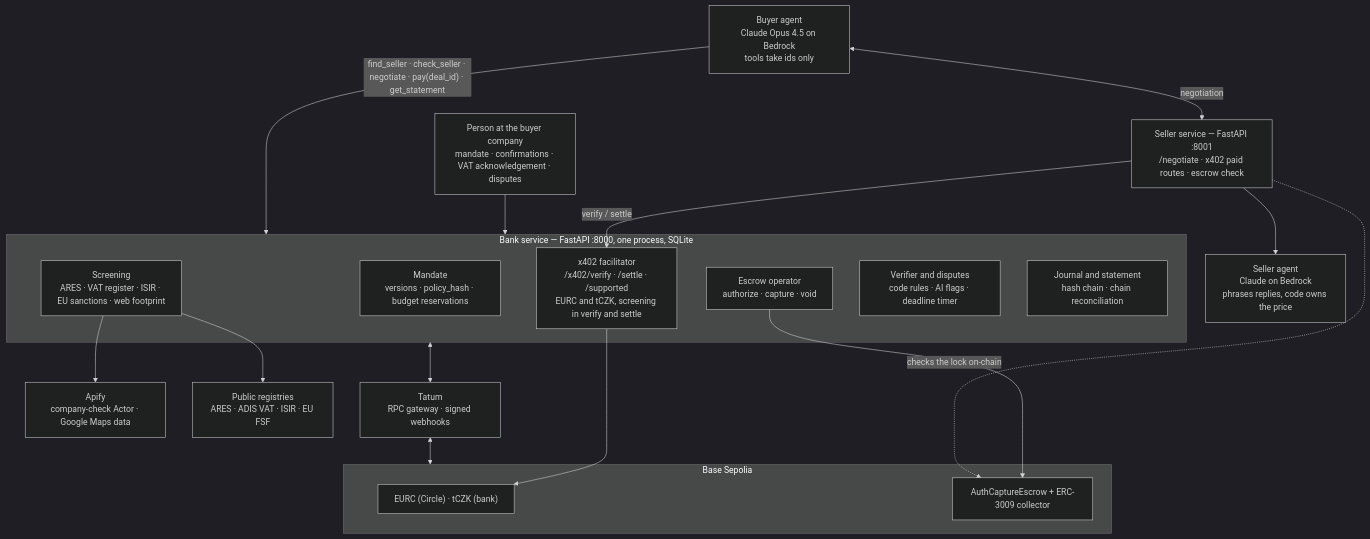
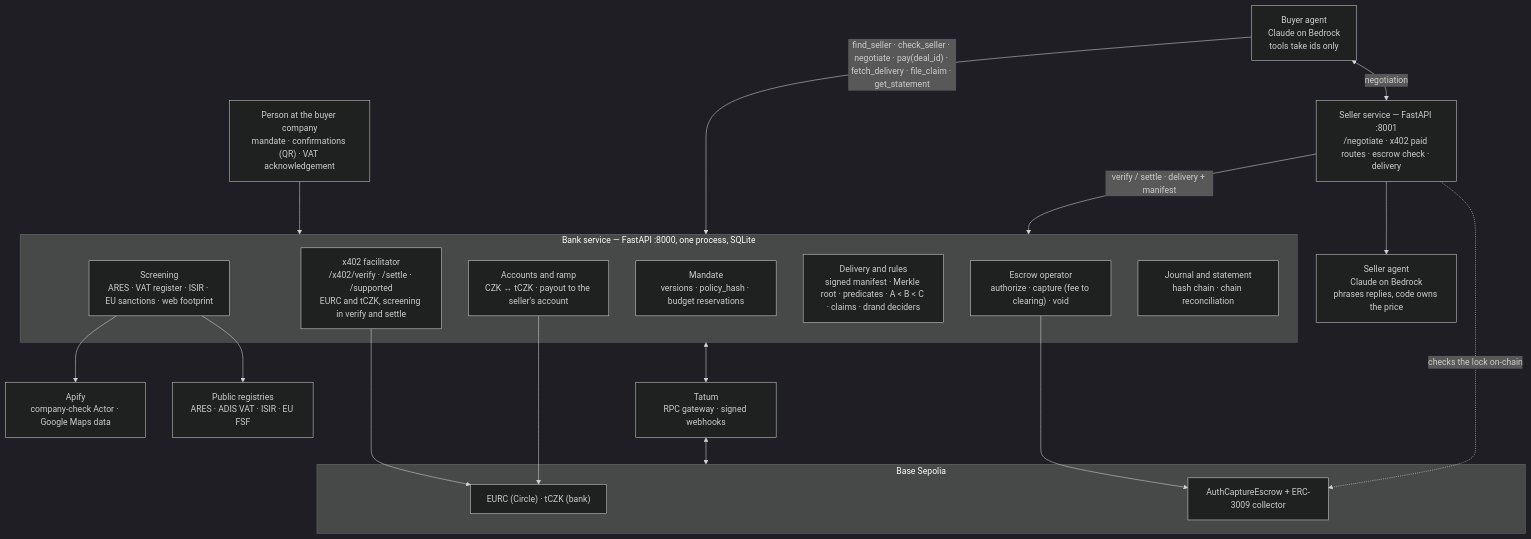
Before and after one commit to 13Belka13/collabse-fintechers: the first of 2 diagrams in README.md, drawn with Mermaid (dark theme). The commit also changed other lines of this file and 1 other file, not shown here.

````diff
--- a/README.md
+++ b/README.md
@@ -165,35 +186,37 @@
 ```mermaid
 flowchart TB
-    H["Person at the buyer company<br/>mandate · confirmations · VAT acknowledgement · disputes"]
-    BA["Buyer agent<br/>Claude Opus 4.5 on Bedrock<br/>tools take ids only"]
+    H["Person at the buyer company<br/>mandate · confirmations (QR) · VAT acknowledgement"]
+    BA["Buyer agent<br/>Claude on Bedrock<br/>tools take ids only"]
     SA["Seller agent<br/>Claude on Bedrock<br/>phrases replies, code owns the price"]
     subgraph BANK["Bank service — FastAPI :8000, one process, SQLite"]
         M["Mandate<br/>versions · policy_hash · budget reservations"]
         SC["Screening<br/>ARES · VAT register · ISIR · EU sanctions · web footprint"]
         F["x402 facilitator<br/>/x402/verify · /settle · /supported<br/>EURC and tCZK, screening in verify and settle"]
-        E["Escrow operator<br/>authorize · capture · void"]
-        V["Verifier and disputes<br/>code rules · AI flags · deadline timer"]
+        E["Escrow operator<br/>authorize · capture (fee to clearing) · void"]
+        R["Delivery and rules<br/>signed manifest · Merkle root · predicates · A &lt; B &lt; C · claims · drand deciders"]
+        K["Accounts and ramp<br/>CZK ↔ tCZK · payout to the seller's account"]
         J["Journal and statement<br/>hash chain · chain reconciliation"]
     end
-    S["Seller service — FastAPI :8001<br/>/negotiate · x402 paid routes · escrow check"]
+    S["Seller service — FastAPI :8001<br/>/negotiate · x402 paid routes · escrow check · delivery"]
     AP["Apify<br/>company-check Actor · Google Maps data"]
     REG["Public registries<br/>ARES · ADIS VAT · ISIR · EU FSF"]
     subgraph CHAIN["Base Sepolia"]
         T["EURC (Circle) · tCZK (bank)"]
         ESC["AuthCaptureEscrow + ERC-3009 collector"]
     end
     TA["Tatum<br/>RPC gateway · signed webhooks"]
 
     H --> BANK
-    BA -->|"find_seller · check_seller · negotiate · pay(deal_id) · get_statement"| BANK
+    BA -->|"find_seller · check_seller · negotiate · pay(deal_id) · fetch_delivery · file_claim · get_statement"| BANK
     BA <-->|"negotiation"| S
     S --> SA
-    S -->|"verify / settle"| F
+    S -->|"verify / settle · delivery + manifest"| BANK
     SC --> REG
     SC --> AP
     E --> ESC
     F --> T
+    K --> T
     BANK <--> TA
     TA <--> CHAIN
     S -.->|"checks the lock on-chain"| ESC
 ```
````
